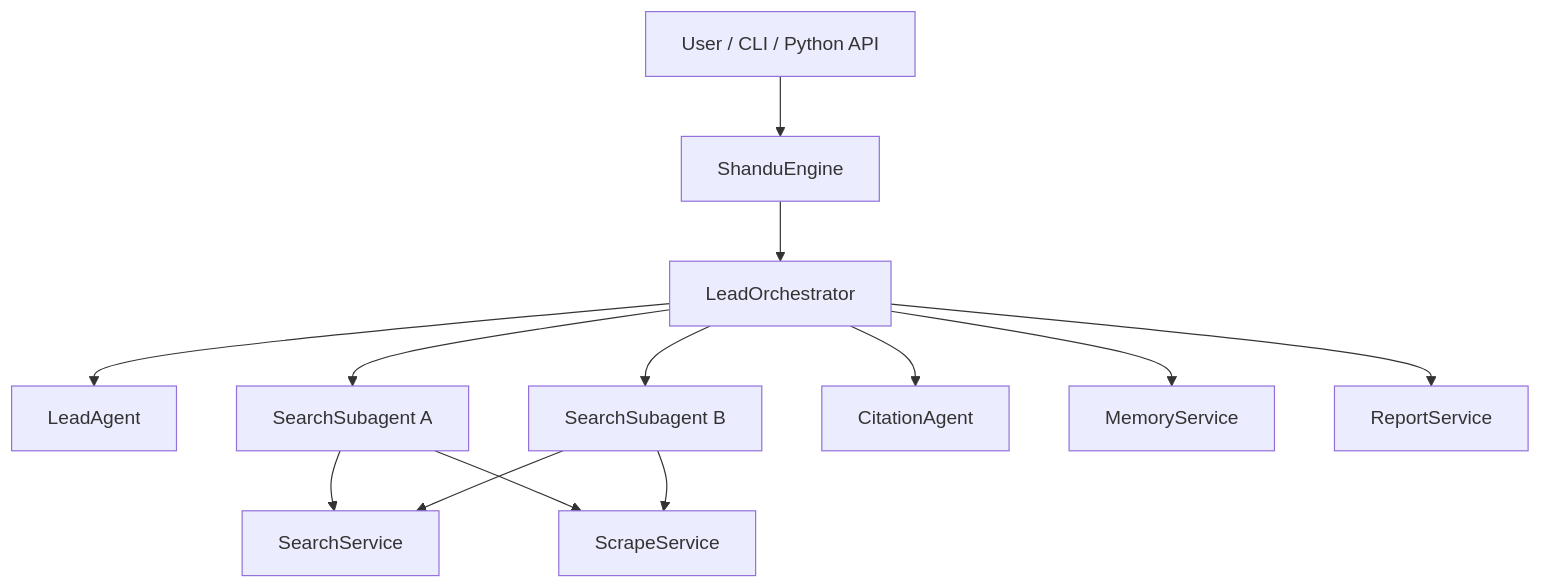
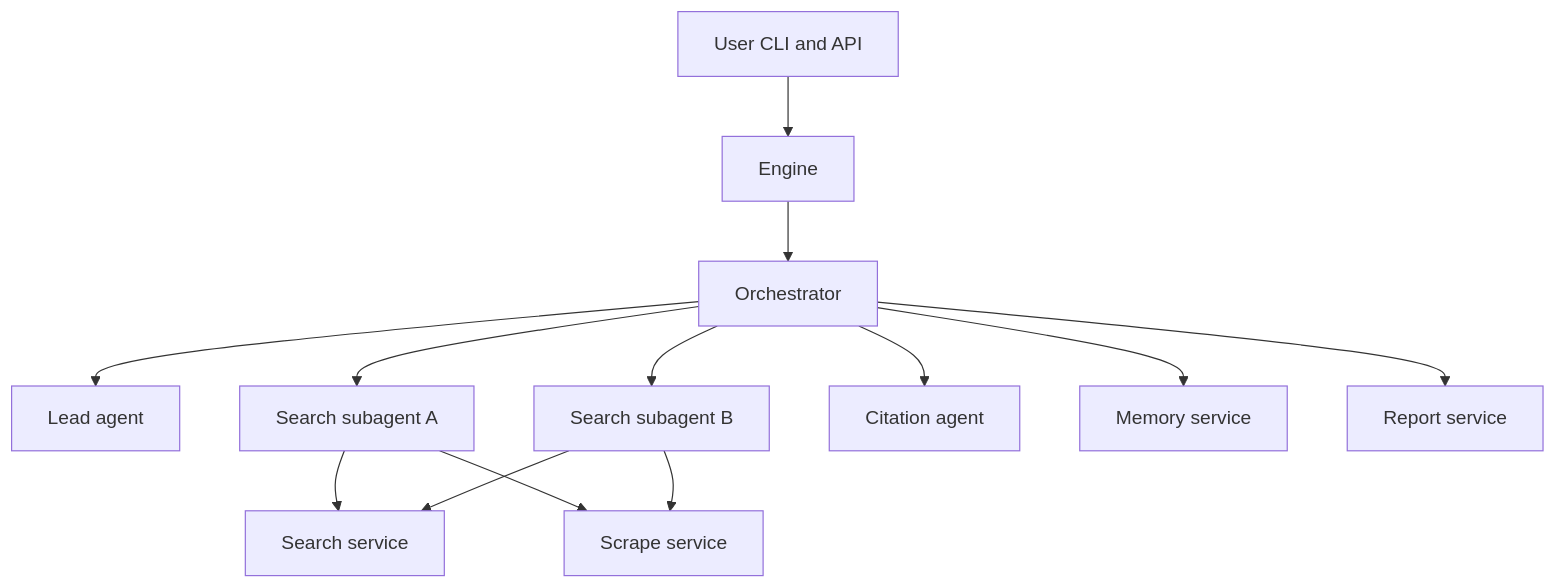
Before and after one commit to jolovicdev/shandu: the first of 5 diagrams in ARCH.md, drawn with Mermaid. The commit also changed other lines of this file, not shown here.

Commit message:
docs: fix mermaid rendering in architecture diagrams, workflow on tag

````diff
--- a/ARCH.md
+++ b/ARCH.md
@@ -7,18 +7,18 @@
 ```mermaid
 flowchart TD
-    user[User / CLI / Python API] --> engine[ShanduEngine]
-    engine --> orch[LeadOrchestrator]
+    user[User CLI and API] --> engine[Engine]
+    engine --> orch[Orchestrator]
 
-    orch --> lead[LeadAgent]
-    orch --> suba[SearchSubagent A]
-    orch --> subb[SearchSubagent B]
-    orch --> cite[CitationAgent]
+    orch --> lead[Lead agent]
+    orch --> suba[Search subagent A]
+    orch --> subb[Search subagent B]
+    orch --> cite[Citation agent]
 
-    suba --> search[SearchService]
-    suba --> scrape[ScrapeService]
+    suba --> search[Search service]
+    suba --> scrape[Scrape service]
     subb --> search
     subb --> scrape
 
-    orch --> mem[MemoryService]
-    orch --> report[ReportService]
+    orch --> mem[Memory service]
+    orch --> report[Report service]
 ```
````
